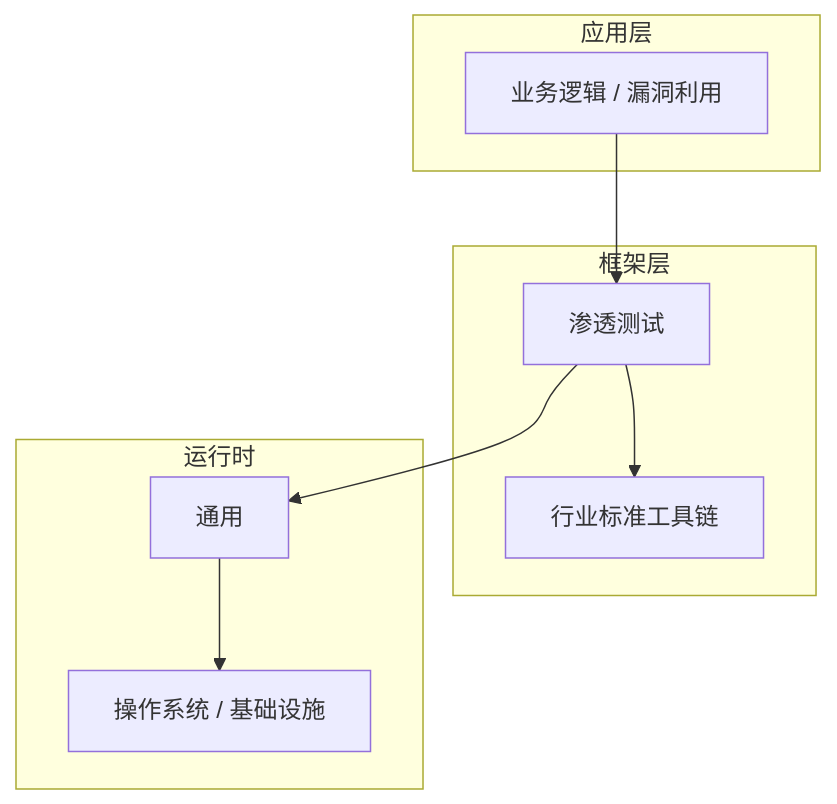
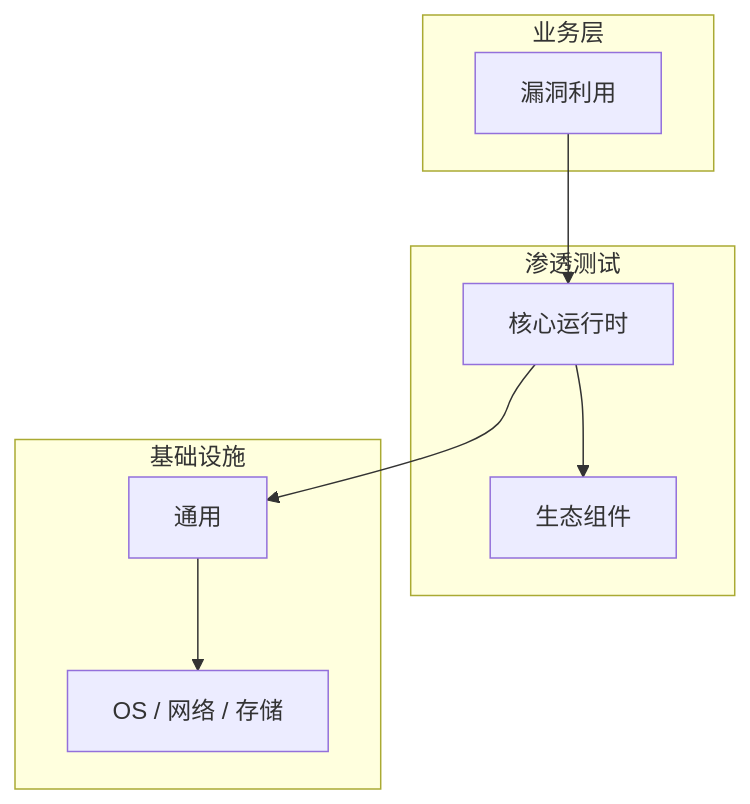
One commit to yanggan2015/knowledge-json-v2 changed the diagram in articles/渗透测试/chapters/029-风险验证核心概念与原理.md. Above: the diagram before and after it, drawn with Mermaid. The commit also changed other lines of this file and 10127 other files, not shown here.

````diff
--- a/articles/渗透测试/chapters/029-风险验证核心概念与原理.md
+++ b/articles/渗透测试/chapters/029-风险验证核心概念与原理.md
@@ -46,18 +31,18 @@
 ```mermaid
 graph TB
-    subgraph 应用层
-        A[业务逻辑 / 漏洞利用]
+    subgraph 业务层
+        A[漏洞利用]
     end
-    subgraph 框架层
-        B[渗透测试]
-        C[行业标准工具链]
+    subgraph 渗透测试
+        B[核心运行时]
+        C[生态组件]
     end
-    subgraph 运行时
+    subgraph 基础设施
         D[通用]
-        E[操作系统 / 基础设施]
+        E[OS / 网络 / 存储]
     end
     A --> B
     B --> C
     B --> D
     D --> E
 ```
````
